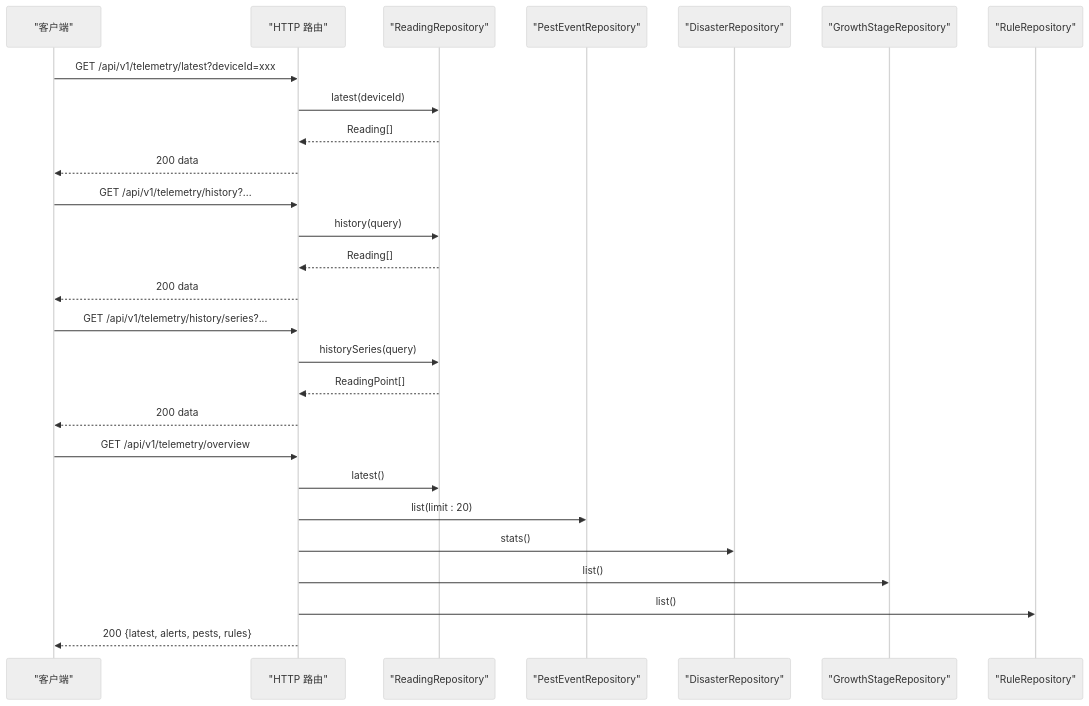
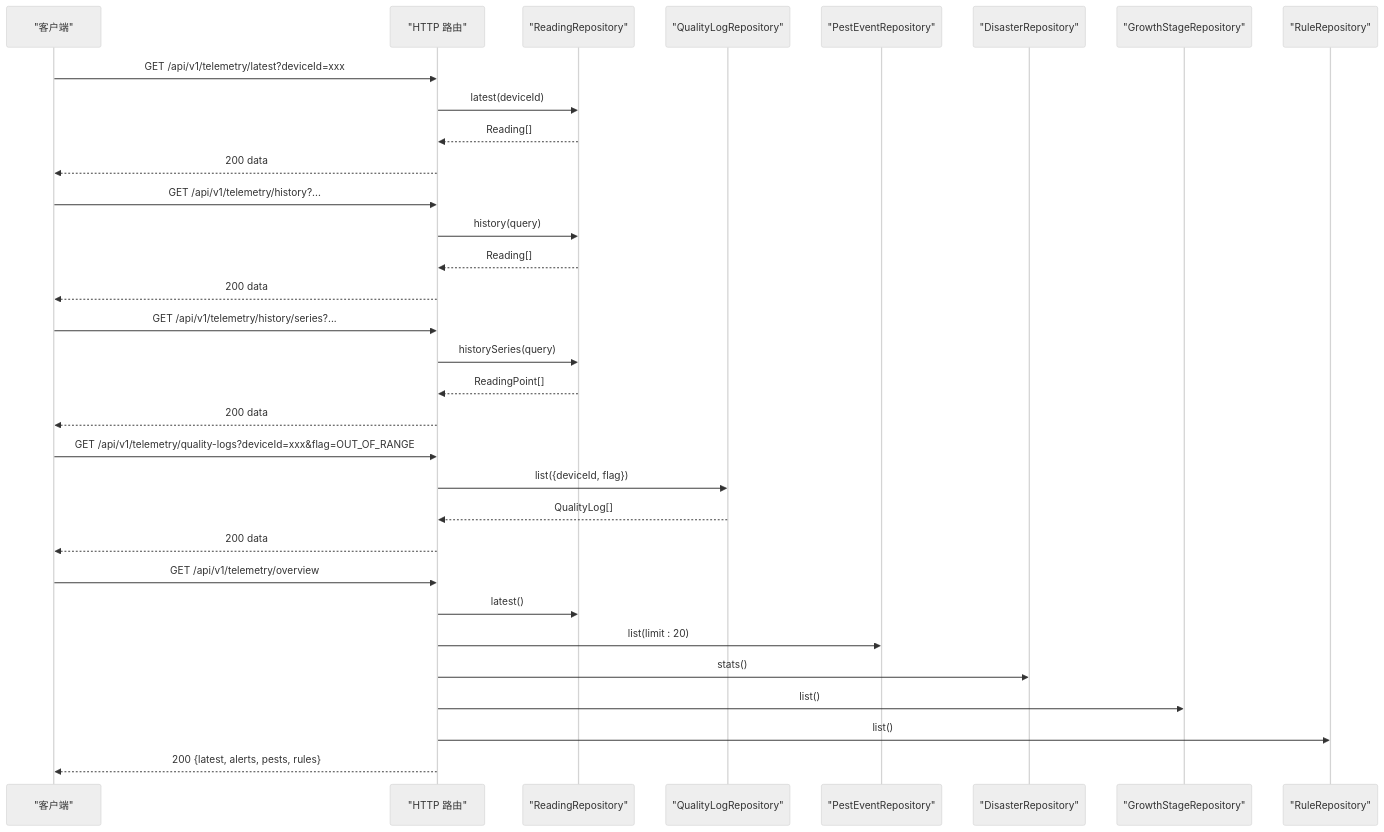
Before and after one commit to q446328246/agri-platform: diagram 14 of 15 in .qoder/repowiki/zh/content/核心服务文档/遥测数据服务.md, drawn with Mermaid (neutral theme). The commit also changed other lines of this file and 15 other files, not shown here.

````diff
--- a/.qoder/repowiki/zh/content/核心服务文档/遥测数据服务.md
+++ b/.qoder/repowiki/zh/content/核心服务文档/遥测数据服务.md
@@ -504,29 +629,34 @@
 ```mermaid
 sequenceDiagram
 participant Client as "客户端"
 participant HTTP as "HTTP 路由"
 participant Repo as "ReadingRepository"
+participant QualityLogRepo as "QualityLogRepository"
 participant PestRepo as "PestEventRepository"
 participant DisasterRepo as "DisasterRepository"
 participant GrowthRepo as "GrowthStageRepository"
 participant RuleRepo as "RuleRepository"
 Client->>HTTP : GET /api/v1/telemetry/latest?deviceId=xxx
 HTTP->>Repo : latest(deviceId)
 Repo-->>HTTP : Reading[]
 HTTP-->>Client : 200 data
 Client->>HTTP : GET /api/v1/telemetry/history?...
 HTTP->>Repo : history(query)
 Repo-->>HTTP : Reading[]
 HTTP-->>Client : 200 data
 Client->>HTTP : GET /api/v1/telemetry/history/series?...
 HTTP->>Repo : historySeries(query)
 Repo-->>HTTP : ReadingPoint[]
 HTTP-->>Client : 200 data
+Client->>HTTP : GET /api/v1/telemetry/quality-logs?deviceId=xxx&flag=OUT_OF_RANGE
+HTTP->>QualityLogRepo : list({deviceId, flag})
+QualityLogRepo-->>HTTP : QualityLog[]
+HTTP-->>Client : 200 data
 Client->>HTTP : GET /api/v1/telemetry/overview
 HTTP->>Repo : latest()
 HTTP->>PestRepo : list(limit : 20)
 HTTP->>DisasterRepo : stats()
 HTTP->>GrowthRepo : list()
 HTTP->>RuleRepo : list()
 HTTP-->>Client : 200 {latest, alerts, pests, rules}
 ```
````
